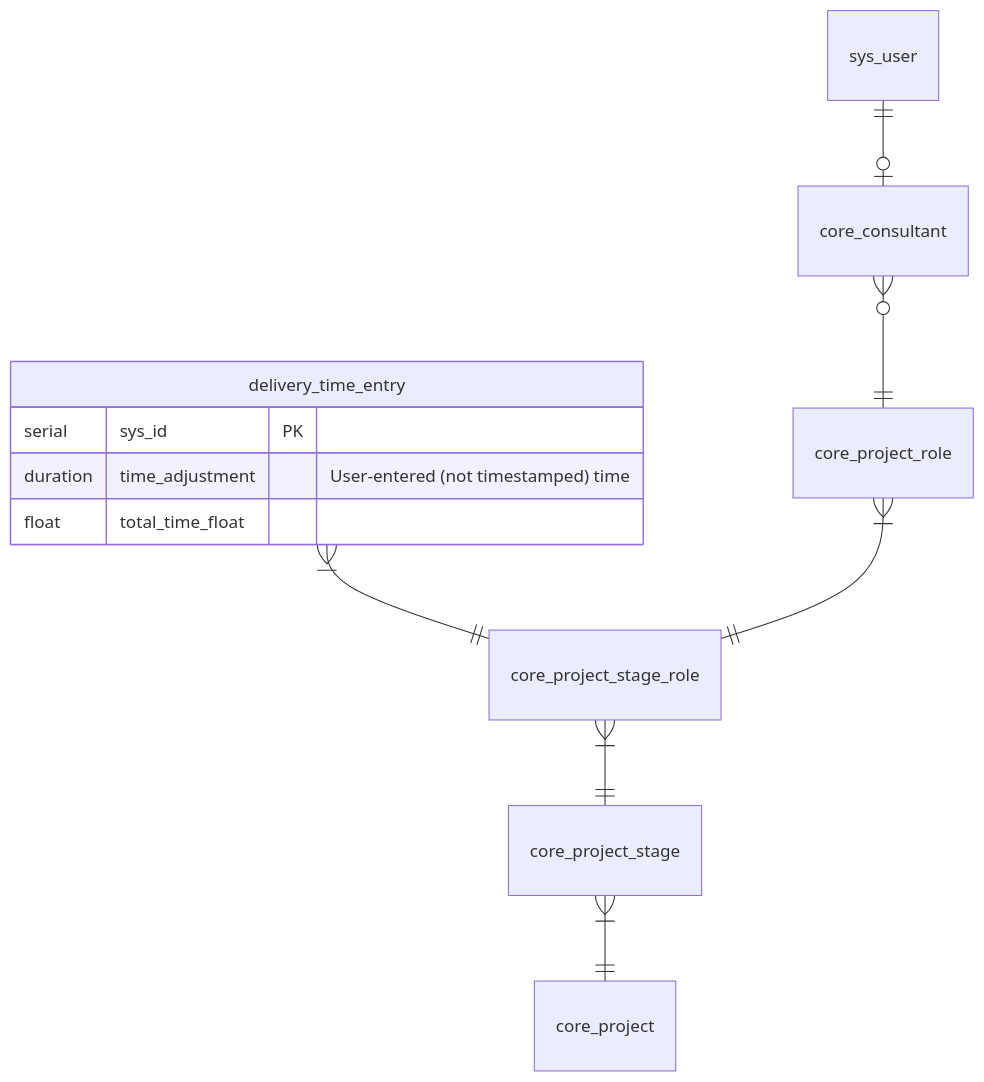
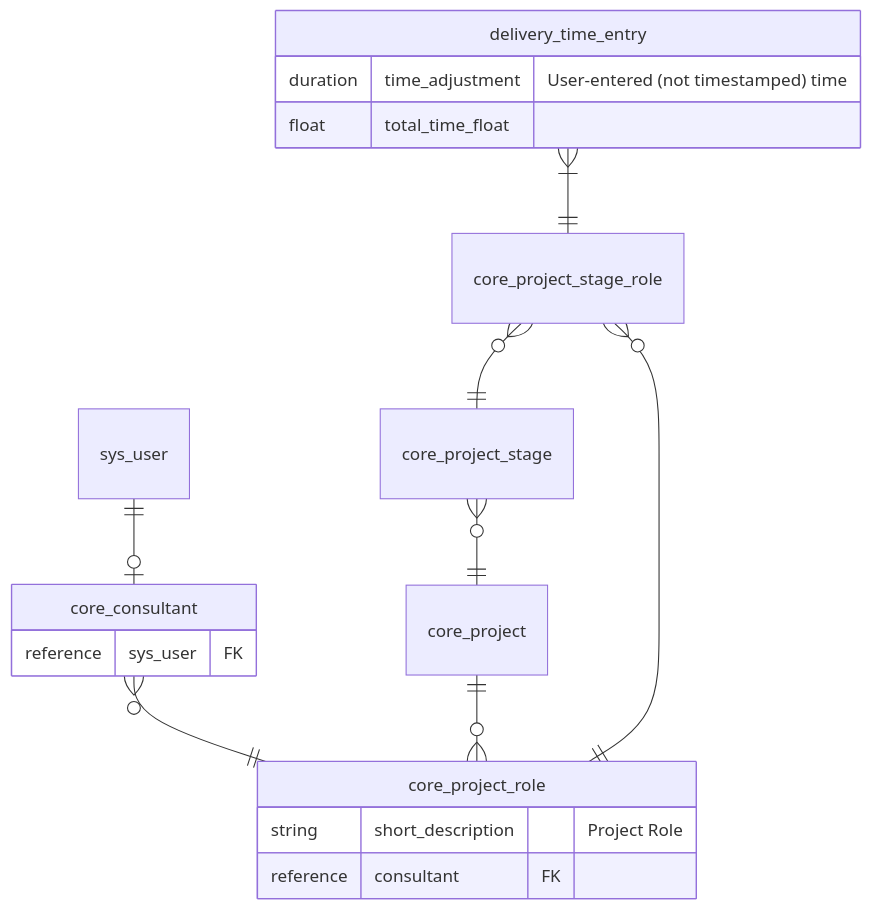
One commit to esolutionsone/timesheet-app changed the diagram in README.md. Above: the diagram before and after it, drawn with Mermaid.

Commit message:
enhance erd

````diff
--- a/README.md
+++ b/README.md
@@ -39,18 +39,25 @@
 ```mermaid
 erDiagram
 
 delivery_time_entry }|--|| core_project_stage_role : ""
-core_project_stage_role }|--|| core_project_stage : ""
-core_project_stage }|--|| core_project: ""
+core_project_stage_role }o--|| core_project_stage : ""
+core_project_stage }o--|| core_project: ""
 core_consultant }o--|| core_project_role : ""
-core_project_role }|--|| core_project_stage_role : ""
+core_project_role ||--o{ core_project_stage_role : ""
 sys_user ||--o| core_consultant : ""
+core_project ||--o{ core_project_role : ""
 
 
 delivery_time_entry {
-    serial sys_id PK
     duration time_adjustment "User-entered (not timestamped) time"
     float total_time_float
 }
+core_consultant {
+    reference sys_user FK
+}
+core_project_role {
+    string short_description "Project Role"
+    reference consultant FK
+}
 
 ```
````
